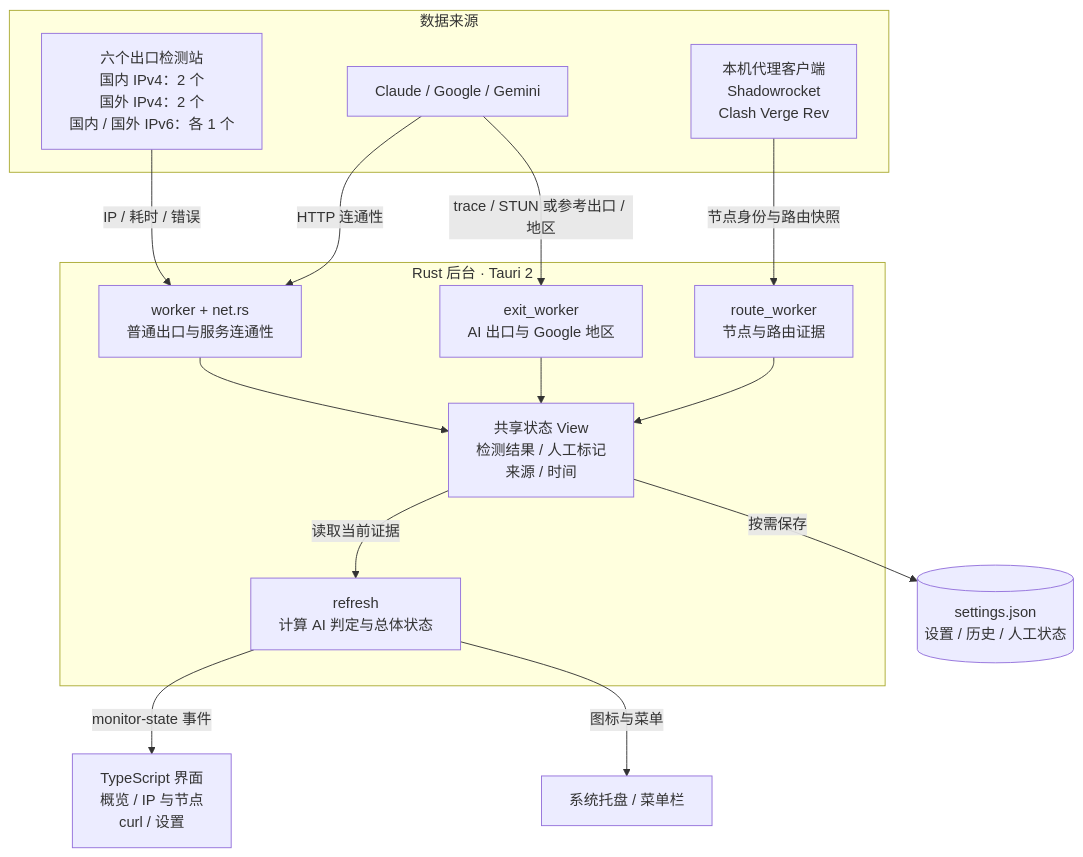
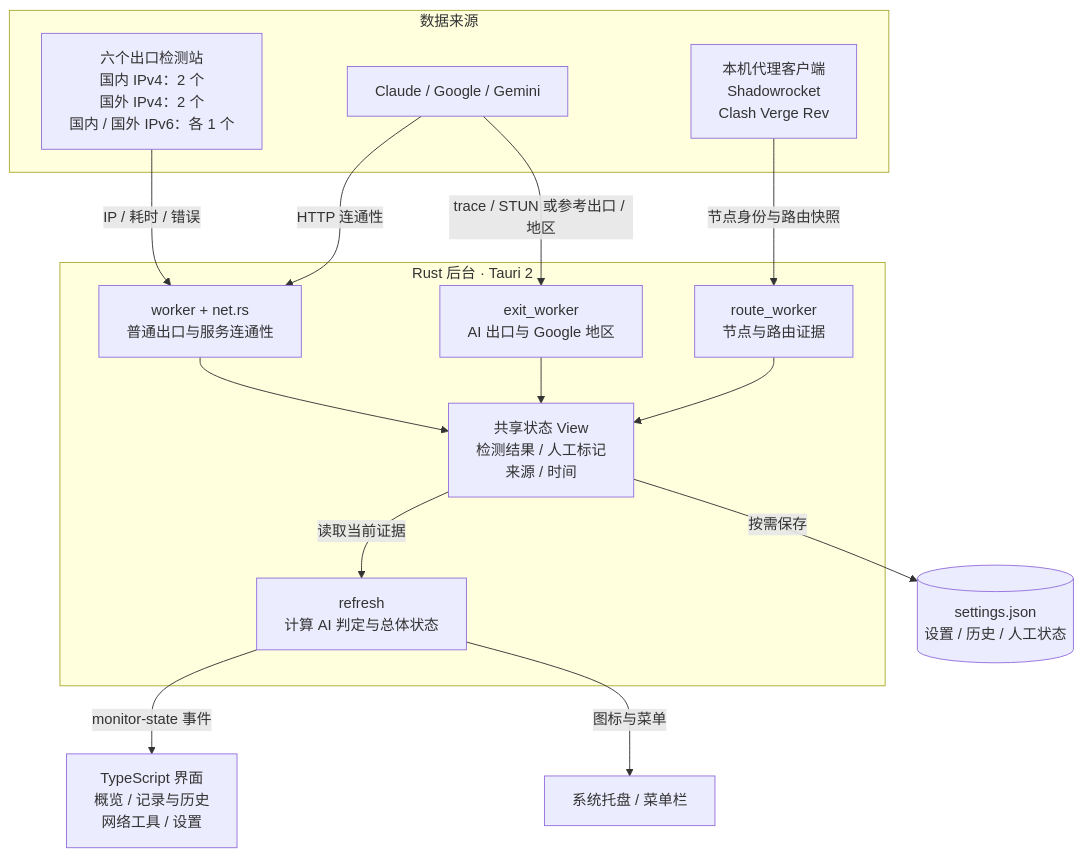
Before and after one commit to melotusme/exit-sentinel: the first of 3 diagrams in README.md, drawn with Mermaid. The commit also changed other lines of this file and 6 other files, not shown here.

````diff
--- a/README.md
+++ b/README.md
@@ -11,26 +11,26 @@
 ```mermaid
 flowchart TB
     subgraph Sources["数据来源"]
         Sites["六个出口检测站<br/>国内 IPv4：2 个<br/>国外 IPv4：2 个<br/>国内 / 国外 IPv6：各 1 个"]
         AI["Claude / Google / Gemini"]
         Client["本机代理客户端<br/>Shadowrocket<br/>Clash Verge Rev"]
     end
     subgraph Rust["Rust 后台 · Tauri 2"]
         Net["worker + net.rs<br/>普通出口与服务连通性"]
         Exit["exit_worker<br/>AI 出口与 Google 地区"]
         Route["route_worker<br/>节点与路由证据"]
         State["共享状态 View<br/>检测结果 / 人工标记<br/>来源 / 时间"]
         Verdict["refresh<br/>计算 AI 判定与总体状态"]
         Net --> State
         Exit --> State
         Route --> State
         State -->|"读取当前证据"| Verdict
     end
     Sites -->|"IP / 耗时 / 错误"| Net
     AI -->|"HTTP 连通性"| Net
     AI -->|"trace / STUN 或参考出口 / 地区"| Exit
     Client -->|"节点身份与路由快照"| Route
     State -->|"按需保存"| Local[("settings.json<br/>设置 / 历史 / 人工状态")]
-    Verdict -->|"monitor-state 事件"| UI["TypeScript 界面<br/>概览 / IP 与节点<br/>curl / 设置"]
+    Verdict -->|"monitor-state 事件"| UI["TypeScript 界面<br/>概览 / 记录与历史<br/>网络工具 / 设置"]
     Verdict -->|"图标与菜单"| Tray["系统托盘 / 菜单栏"]
 ```
````
